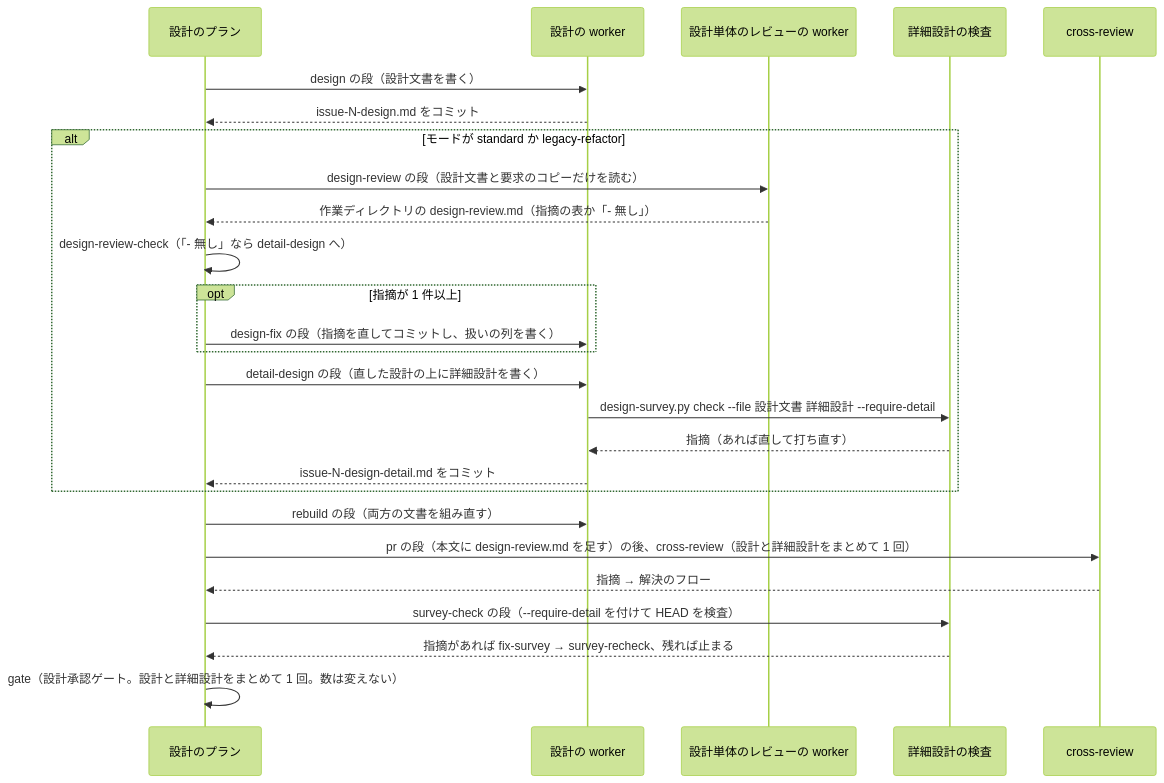
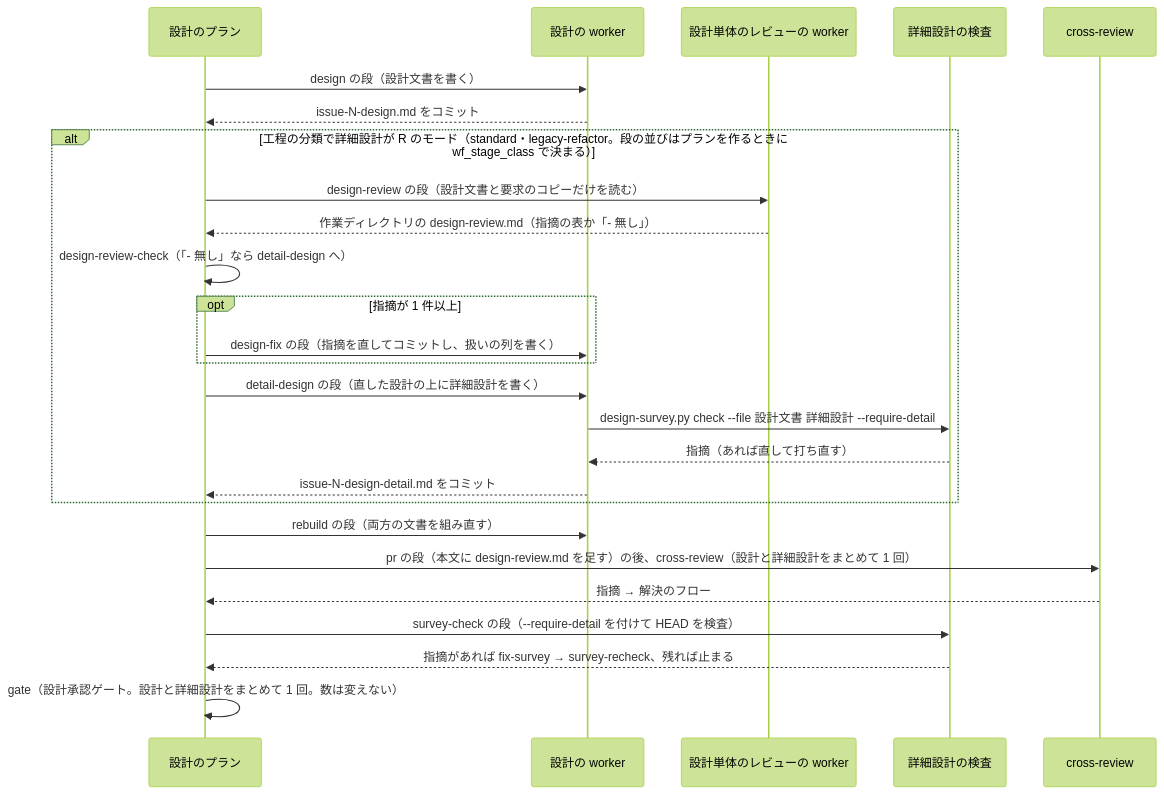
One commit to devbasex/ai-plugins changed the third of 3 diagrams in issues/issue-3144-design.md. Above: the diagram before and after it, drawn with Mermaid (forest theme). The commit also changed other lines of this file and 1 other file, not shown here.

````diff
--- a/issues/issue-3144-design.md
+++ b/issues/issue-3144-design.md
@@ -298,28 +353,28 @@
 ```mermaid
 sequenceDiagram
     participant P as 設計のプラン
     participant W as 設計の worker
     participant A as 設計単体のレビューの worker
     participant K as 詳細設計の検査
     participant R as cross-review
     P->>W: design の段（設計文書を書く）
     W-->>P: issue-N-design.md をコミット
-    alt モードが standard か legacy-refactor
+    alt 工程の分類で詳細設計が R のモード（standard・legacy-refactor。段の並びはプランを作るときに wf_stage_class で決まる）
         P->>A: design-review の段（設計文書と要求のコピーだけを読む）
         A-->>P: 作業ディレクトリの design-review.md（指摘の表か「- 無し」）
         P->>P: design-review-check（「- 無し」なら detail-design へ）
         opt 指摘が 1 件以上
             P->>W: design-fix の段（指摘を直してコミットし、扱いの列を書く）
         end
         P->>W: detail-design の段（直した設計の上に詳細設計を書く）
         W->>K: design-survey.py check --file 設計文書 詳細設計 --require-detail
         K-->>W: 指摘（あれば直して打ち直す）
         W-->>P: issue-N-design-detail.md をコミット
     end
     P->>W: rebuild の段（両方の文書を組み直す）
     P->>R: pr の段（本文に design-review.md を足す）の後、cross-review（設計と詳細設計をまとめて 1 回）
     R-->>P: 指摘 → 解決のフロー
     P->>K: survey-check の段（--require-detail を付けて HEAD を検査）
     K-->>P: 指摘があれば fix-survey → survey-recheck、残れば止まる
     P->>P: gate（設計承認ゲート。設計と詳細設計をまとめて 1 回。数は変えない）
 ```
````
